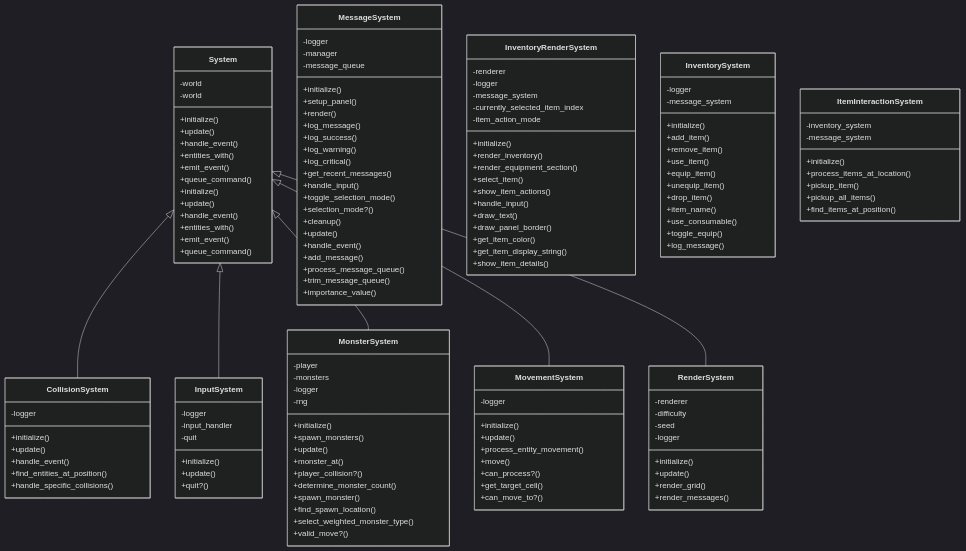
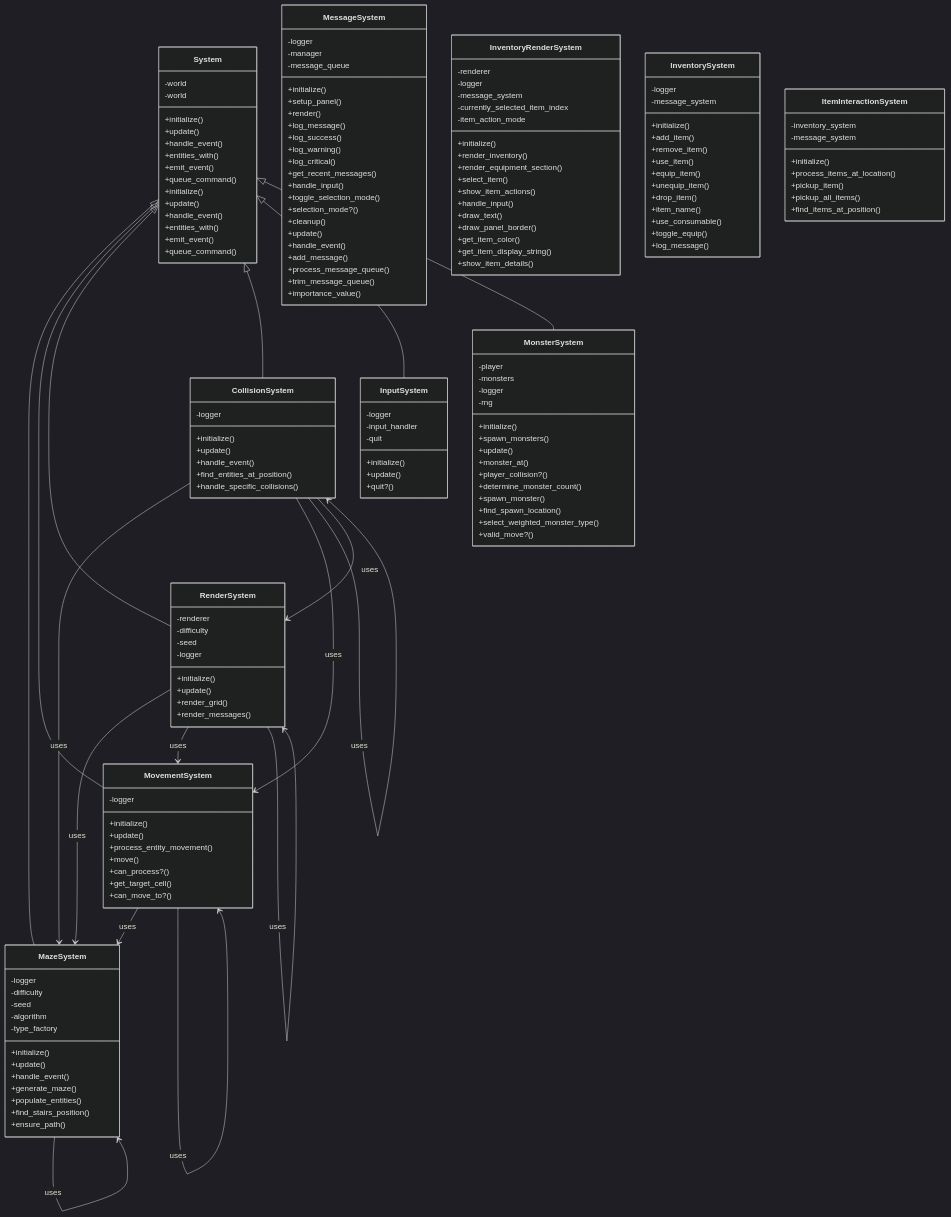
The diagram in documents/diagrams/systems.mmd (Davidslv/vanilla-roguelike), drawn with Mermaid (dark theme) before and after one commit. The commit also changed 1 other file, not shown here.

Commit message:
Update diagrams

```diff
--- a/documents/diagrams/systems.mmd
+++ b/documents/diagrams/systems.mmd
@@ -1,146 +1,171 @@
 classDiagram
   subgraph Core
     class System {
       -world
       +initialize()
       +update()
       +handle_event()
       +entities_with()
       +emit_event()
       +queue_command()
     }
   end
   subgraph Systems
+    class MazeSystem {
+      -logger
+      -difficulty
+      -seed
+      -algorithm
+      -type_factory
+      +initialize()
+      +update()
+      +handle_event()
+      +generate_maze()
+      +populate_entities()
+      +find_stairs_position()
+      +ensure_path()
+    }
+    System <|-- MazeSystem
+    class MovementSystem {
+      -logger
+      +initialize()
+      +update()
+      +process_entity_movement()
+      +move()
+      +can_process?()
+      +get_target_cell()
+      +can_move_to?()
+    }
+    System <|-- MovementSystem
+    class RenderSystem {
+      -renderer
+      -difficulty
+      -seed
+      -logger
+      +initialize()
+      +update()
+      +render_grid()
+      +render_messages()
+    }
+    System <|-- RenderSystem
+    class CollisionSystem {
+      -logger
+      +initialize()
+      +update()
+      +handle_event()
+      +find_entities_at_position()
+      +handle_specific_collisions()
+    }
+    System <|-- CollisionSystem
     class MessageSystem {
       -logger
       -manager
       -message_queue
       +initialize()
       +setup_panel()
       +render()
       +log_message()
       +log_success()
       +log_warning()
       +log_critical()
       +get_recent_messages()
       +handle_input()
       +toggle_selection_mode()
       +selection_mode?()
       +cleanup()
       +update()
       +handle_event()
       +add_message()
       +process_message_queue()
       +trim_message_queue()
       +importance_value()
     }
-    class CollisionSystem {
-      -logger
-      +initialize()
-      +update()
-      +handle_event()
-      +find_entities_at_position()
-      +handle_specific_collisions()
-    }
-    System <|-- CollisionSystem
     class InputSystem {
       -logger
       -input_handler
       -quit
       +initialize()
       +update()
       +quit?()
     }
     System <|-- InputSystem
     class InventoryRenderSystem {
       -renderer
       -logger
       -message_system
       -currently_selected_item_index
       -item_action_mode
       +initialize()
       +render_inventory()
       +render_equipment_section()
       +select_item()
       +show_item_actions()
       +handle_input()
       +draw_text()
       +draw_panel_border()
       +get_item_color()
       +get_item_display_string()
       +show_item_details()
     }
     class InventorySystem {
       -logger
       -message_system
       +initialize()
       +add_item()
       +remove_item()
       +use_item()
       +equip_item()
       +unequip_item()
       +drop_item()
       +item_name()
       +use_consumable()
       +toggle_equip()
       +log_message()
     }
     class ItemInteractionSystem {
       -inventory_system
       -message_system
       +initialize()
       +process_items_at_location()
       +pickup_item()
       +pickup_all_items()
       +find_items_at_position()
     }
     class MonsterSystem {
       -player
       -monsters
       -logger
       -rng
       +initialize()
       +spawn_monsters()
       +update()
       +monster_at()
       +player_collision?()
       +determine_monster_count()
       +spawn_monster()
       +find_spawn_location()
       +select_weighted_monster_type()
       +valid_move?()
     }
     System <|-- MonsterSystem
-    class MovementSystem {
-      -logger
-      +initialize()
-      +update()
-      +process_entity_movement()
-      +move()
-      +can_process?()
-      +get_target_cell()
-      +can_move_to?()
-    }
-    System <|-- MovementSystem
-    class RenderSystem {
-      -renderer
-      -difficulty
-      -seed
-      -logger
-      +initialize()
-      +update()
-      +render_grid()
-      +render_messages()
-    }
-    System <|-- RenderSystem
     class System {
       -world
       +initialize()
       +update()
       +handle_event()
       +entities_with()
       +emit_event()
       +queue_command()
     }
   end
   %% Relationships
+  MazeSystem --> MazeSystem : uses
+  MovementSystem --> MazeSystem : uses
+  MovementSystem --> MovementSystem : uses
+  RenderSystem --> MazeSystem : uses
+  RenderSystem --> MovementSystem : uses
+  RenderSystem --> RenderSystem : uses
+  CollisionSystem --> MazeSystem : uses
+  CollisionSystem --> MovementSystem : uses
+  CollisionSystem --> CollisionSystem : uses
+  CollisionSystem --> RenderSystem : uses
```
